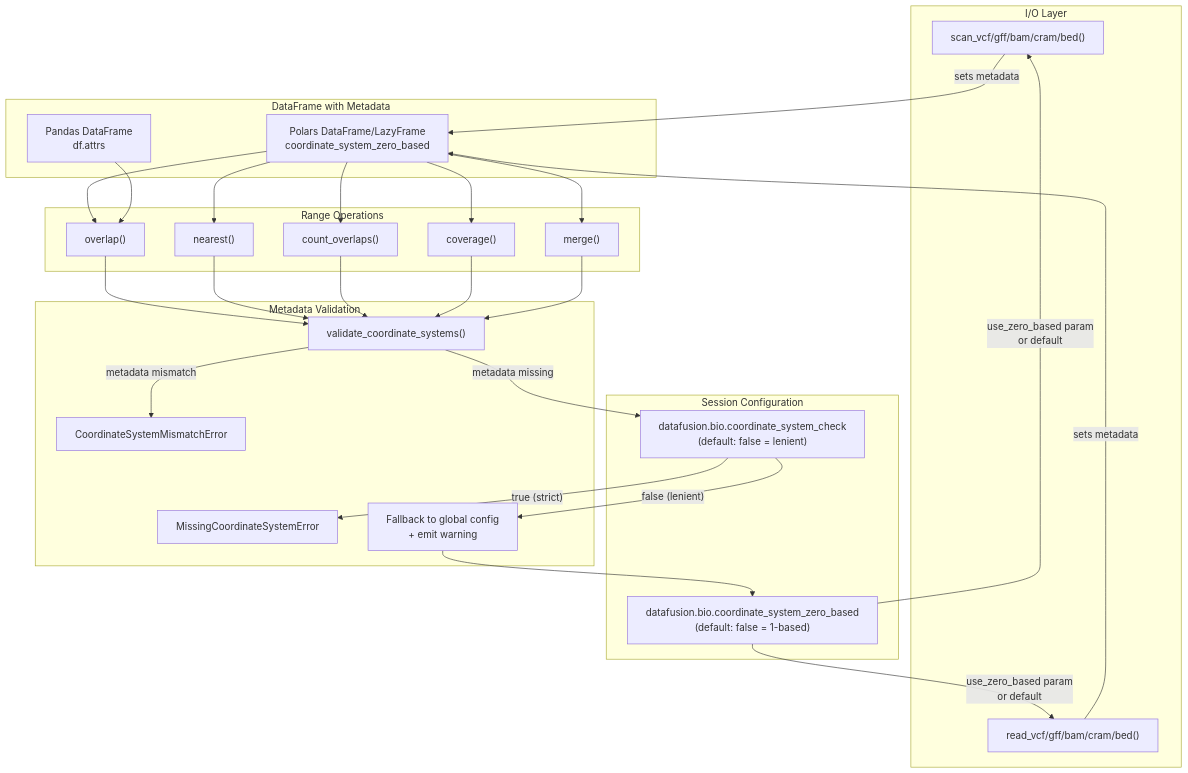
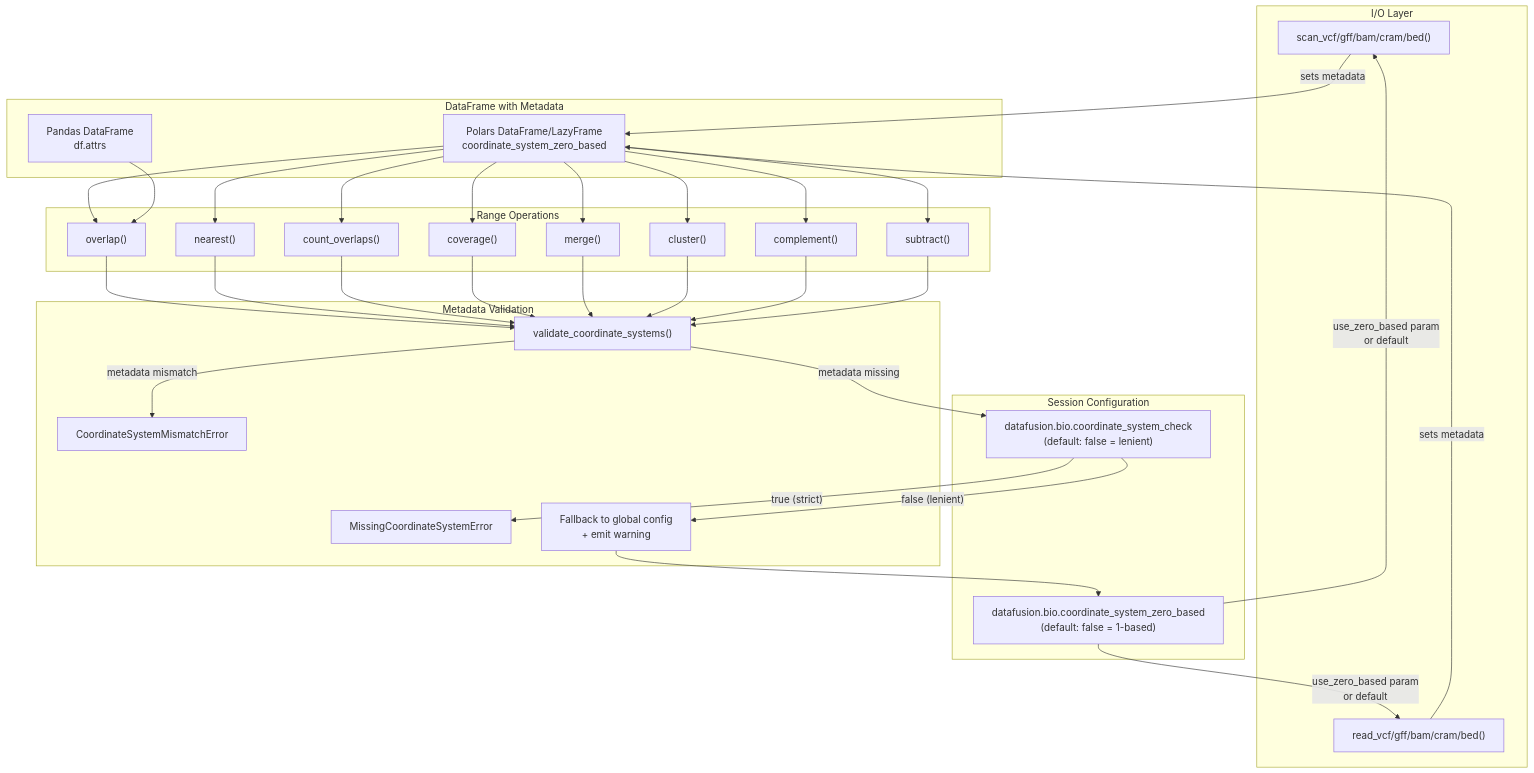
The diagram in docs/features.md (biodatageeks/polars-bio), drawn with Mermaid before and after one commit. The commit also changed other lines of this file and 13 other files, not shown here.

First line of the commit message:
feat: Add cluster, complement, and subtract range operations (#311)

````diff
--- a/docs/features.md
+++ b/docs/features.md
@@ -58,56 +62,65 @@
 ```mermaid
 flowchart TB
     subgraph IO["I/O Layer"]
         scan["scan_vcf/gff/bam/cram/bed()"]
         read["read_vcf/gff/bam/cram/bed()"]
     end
 
     subgraph Config["Session Configuration"]
         zero_based["datafusion.bio.coordinate_system_zero_based<br/>(default: false = 1-based)"]
         check["datafusion.bio.coordinate_system_check<br/>(default: false = lenient)"]
     end
 
     subgraph DF["DataFrame with Metadata"]
         polars_meta["Polars DataFrame/LazyFrame<br/>coordinate_system_zero_based"]
         pandas_meta["Pandas DataFrame<br/>df.attrs"]
     end
 
     subgraph RangeOps["Range Operations"]
         overlap["overlap()"]
         nearest["nearest()"]
         count["count_overlaps()"]
         coverage["coverage()"]
         merge["merge()"]
+        cluster["cluster()"]
+        complement["complement()"]
+        subtract["subtract()"]
     end
 
     subgraph Validation["Metadata Validation"]
         validate["validate_coordinate_systems()"]
         error1["MissingCoordinateSystemError"]
         error2["CoordinateSystemMismatchError"]
         fallback["Fallback to global config<br/>+ emit warning"]
     end
 
     scan --> |"sets metadata"| polars_meta
     read --> |"sets metadata"| polars_meta
     zero_based --> |"use_zero_based param<br/>or default"| scan
     zero_based --> |"use_zero_based param<br/>or default"| read
 
     polars_meta --> overlap
     polars_meta --> nearest
     polars_meta --> count
     polars_meta --> coverage
     polars_meta --> merge
+    polars_meta --> cluster
+    polars_meta --> complement
+    polars_meta --> subtract
     pandas_meta --> overlap
 
     overlap --> validate
     nearest --> validate
     count --> validate
     coverage --> validate
     merge --> validate
+    cluster --> validate
+    complement --> validate
+    subtract --> validate
 
     validate --> |"metadata missing"| check
     validate --> |"metadata mismatch"| error2
     check --> |"true (strict)"| error1
     check --> |"false (lenient)"| fallback
     fallback --> zero_based
 ```
````
